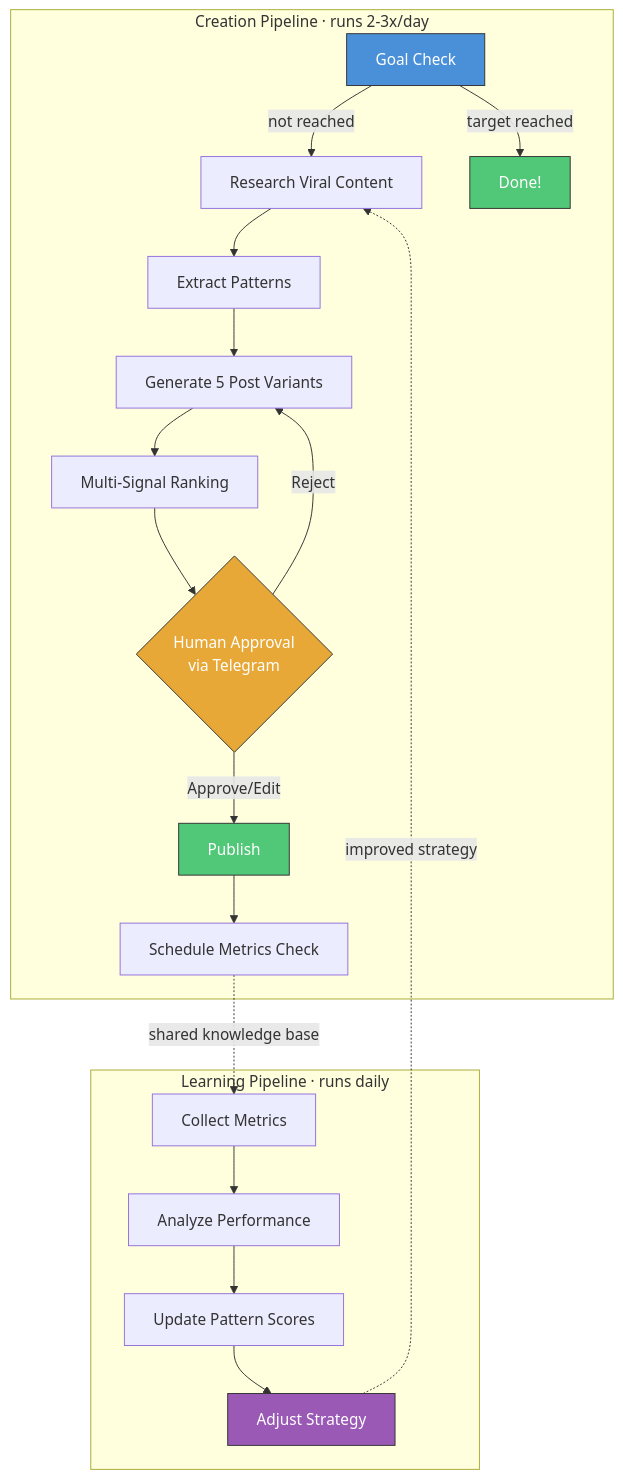
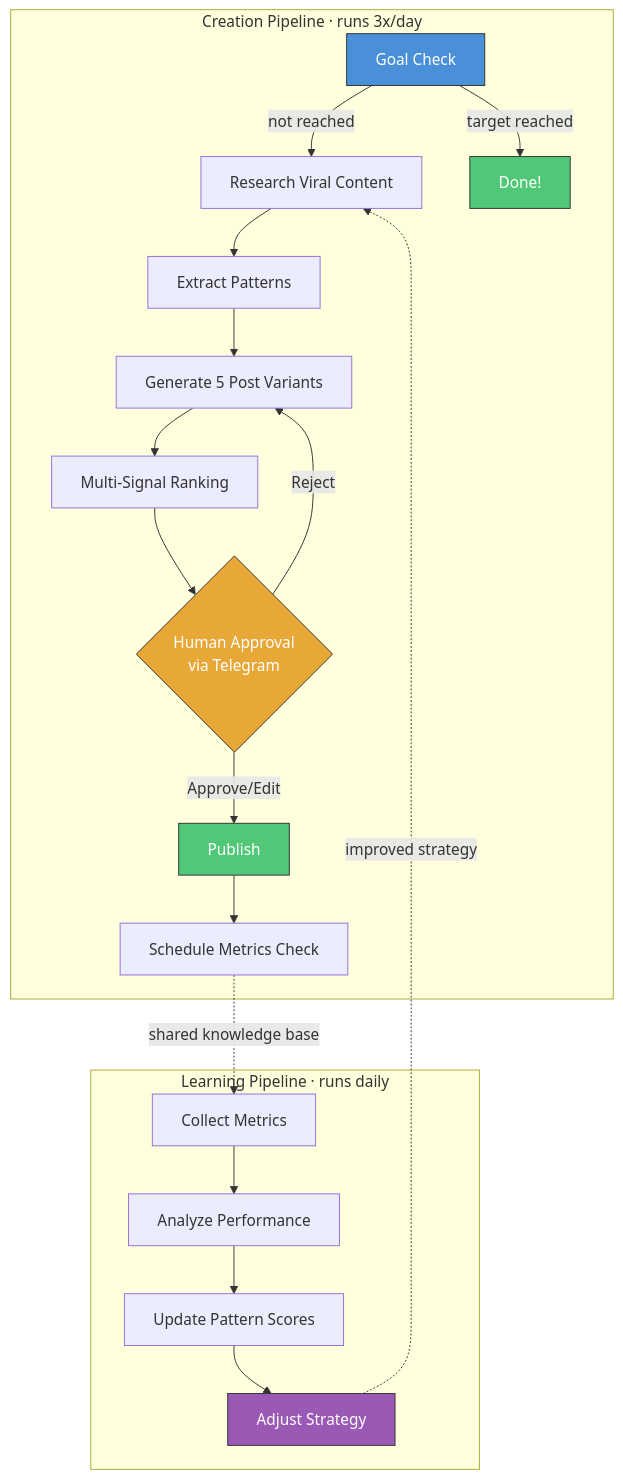
Before and after one commit to kgarbacinski/AutoViralAI: the diagram in README.md, drawn with Mermaid. The commit also changed other lines of this file and 11 other files, not shown here.

````diff
--- a/README.md
+++ b/README.md
@@ -85,29 +101,29 @@
 ```mermaid
 graph TB
-    subgraph "Creation Pipeline · runs 2-3x/day"
+    subgraph "Creation Pipeline · runs 3x/day"
         A[Goal Check] -->|not reached| B[Research Viral Content]
         A -->|target reached| Z[Done!]
         B --> C[Extract Patterns]
         C --> D[Generate 5 Post Variants]
         D --> E[Multi-Signal Ranking]
         E --> F{Human Approval<br/>via Telegram}
         F -->|Approve/Edit| G[Publish]
         F -->|Reject| D
         G --> H[Schedule Metrics Check]
     end
 
     subgraph "Learning Pipeline · runs daily"
         I[Collect Metrics] --> J[Analyze Performance]
         J --> K[Update Pattern Scores]
         K --> L[Adjust Strategy]
     end
 
     H -.->|shared knowledge base| I
     L -.->|improved strategy| B
 
     style A fill:#4A90D9,stroke:#333,color:#fff
     style F fill:#E8A838,stroke:#333,color:#fff
     style G fill:#50C878,stroke:#333,color:#fff
     style L fill:#9B59B6,stroke:#333,color:#fff
     style Z fill:#50C878,stroke:#333,color:#fff
 ```
````
